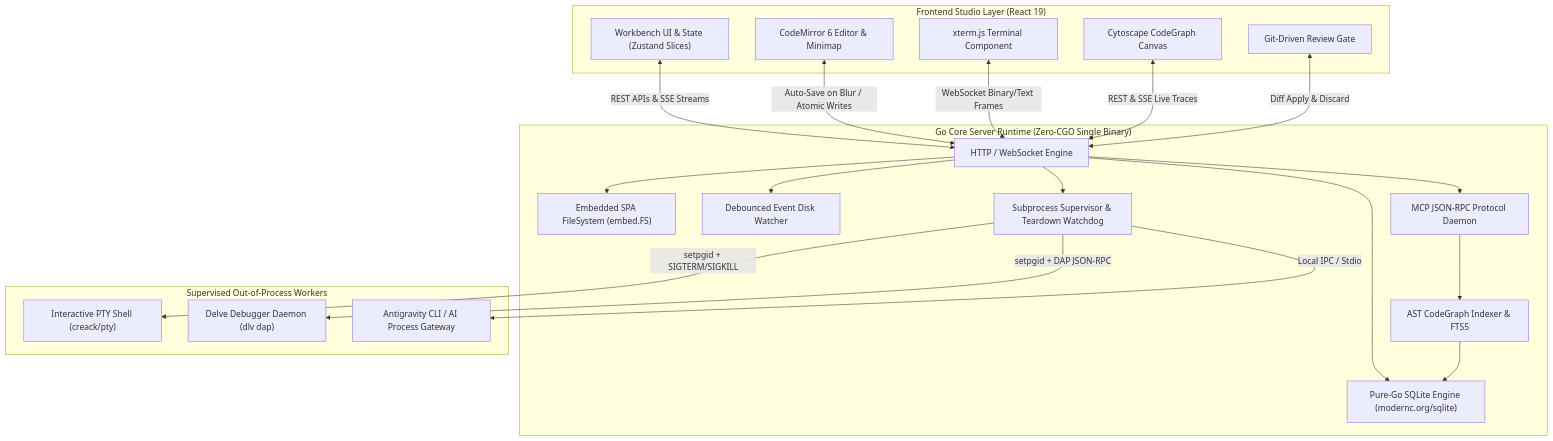
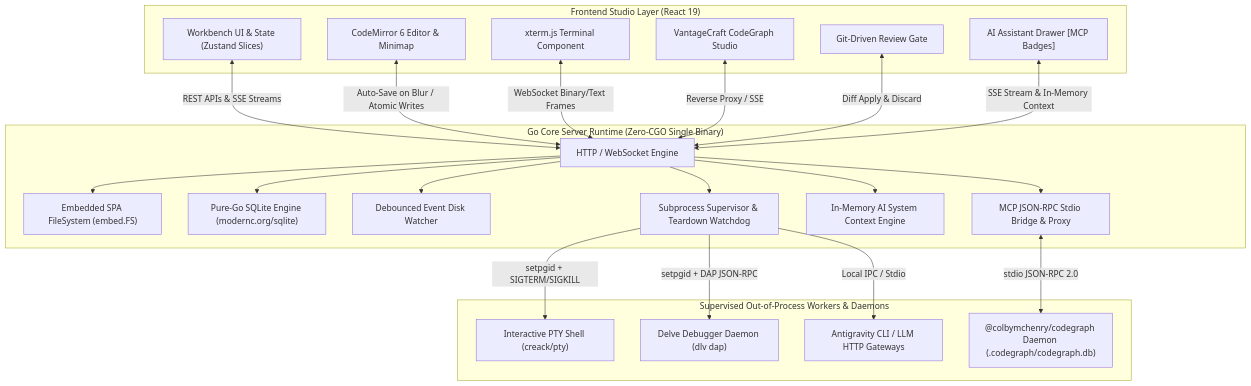
The diagram in docs/architecture/architecture-overview.md (aditlab-code/AegisCode), drawn with Mermaid before and after one commit. The commit also changed other lines of this file and 17 other files, not shown here.

First line of the commit message:
feat: integrate CodeGraph MCP in AI Drawer, add in-memory context injection, and align documentation

````diff
--- a/docs/architecture/architecture-overview.md
+++ b/docs/architecture/architecture-overview.md
@@ -9,44 +9,47 @@
 ```mermaid
 flowchart TB
     subgraph Client ["Frontend Studio Layer (React 19)"]
         UI["Workbench UI & State (Zustand Slices)"]
         CM["CodeMirror 6 Editor & Minimap"]
         TermUI["xterm.js Terminal Component"]
-        GraphUI["Cytoscape CodeGraph Canvas"]
+        GraphUI["VantageCraft CodeGraph Studio"]
         DiffUI["Git-Driven Review Gate"]
+        ChatUI["AI Assistant Drawer [MCP Badges]"]
     end
 
     subgraph Core ["Go Core Server Runtime (Zero-CGO Single Binary)"]
         Router["HTTP / WebSocket Engine"]
         SPAFS["Embedded SPA FileSystem (embed.FS)"]
         DBEngine["Pure-Go SQLite Engine (modernc.org/sqlite)"]
         Watcher["Debounced Event Disk Watcher"]
-        MCPDaemon["MCP JSON-RPC Protocol Daemon"]
-        GraphIndexer["AST CodeGraph Indexer & FTS5"]
+        MCPBridge["MCP JSON-RPC Stdio Bridge & Proxy"]
+        ContextEngine["In-Memory AI System Context Engine"]
         Supervisor["Subprocess Supervisor & Teardown Watchdog"]
     end
 
-    subgraph SandboxedSubprocesses ["Supervised Out-of-Process Workers"]
+    subgraph SandboxedSubprocesses ["Supervised Out-of-Process Workers & Daemons"]
         PTY["Interactive PTY Shell (creack/pty)"]
         Delve["Delve Debugger Daemon (dlv dap)"]
-        AICLI["Antigravity CLI / AI Process Gateway"]
+        AICLI["Antigravity CLI / LLM HTTP Gateways"]
+        CGDaemon["@colbymchenry/codegraph Daemon (.codegraph/codegraph.db)"]
     end
 
     UI <-->|REST APIs & SSE Streams| Router
     CM <-->|Auto-Save on Blur / Atomic Writes| Router
     TermUI <-->|WebSocket Binary/Text Frames| Router
-    GraphUI <-->|REST & SSE Live Traces| Router
+    GraphUI <-->|Reverse Proxy / SSE| Router
     DiffUI <-->|Diff Apply & Discard| Router
+    ChatUI <-->|SSE Stream & In-Memory Context| Router
 
     Router --> SPAFS
     Router --> DBEngine
     Router --> Watcher
-    Router --> MCPDaemon
-    MCPDaemon --> GraphIndexer
-    GraphIndexer --> DBEngine
+    Router --> ContextEngine
+    Router --> MCPBridge
+    MCPBridge <-->|stdio JSON-RPC 2.0| CGDaemon
     Router --> Supervisor
 
     Supervisor -->|setpgid + SIGTERM/SIGKILL| PTY
     Supervisor -->|setpgid + DAP JSON-RPC| Delve
     Supervisor -->|Local IPC / Stdio| AICLI
 ```
````
